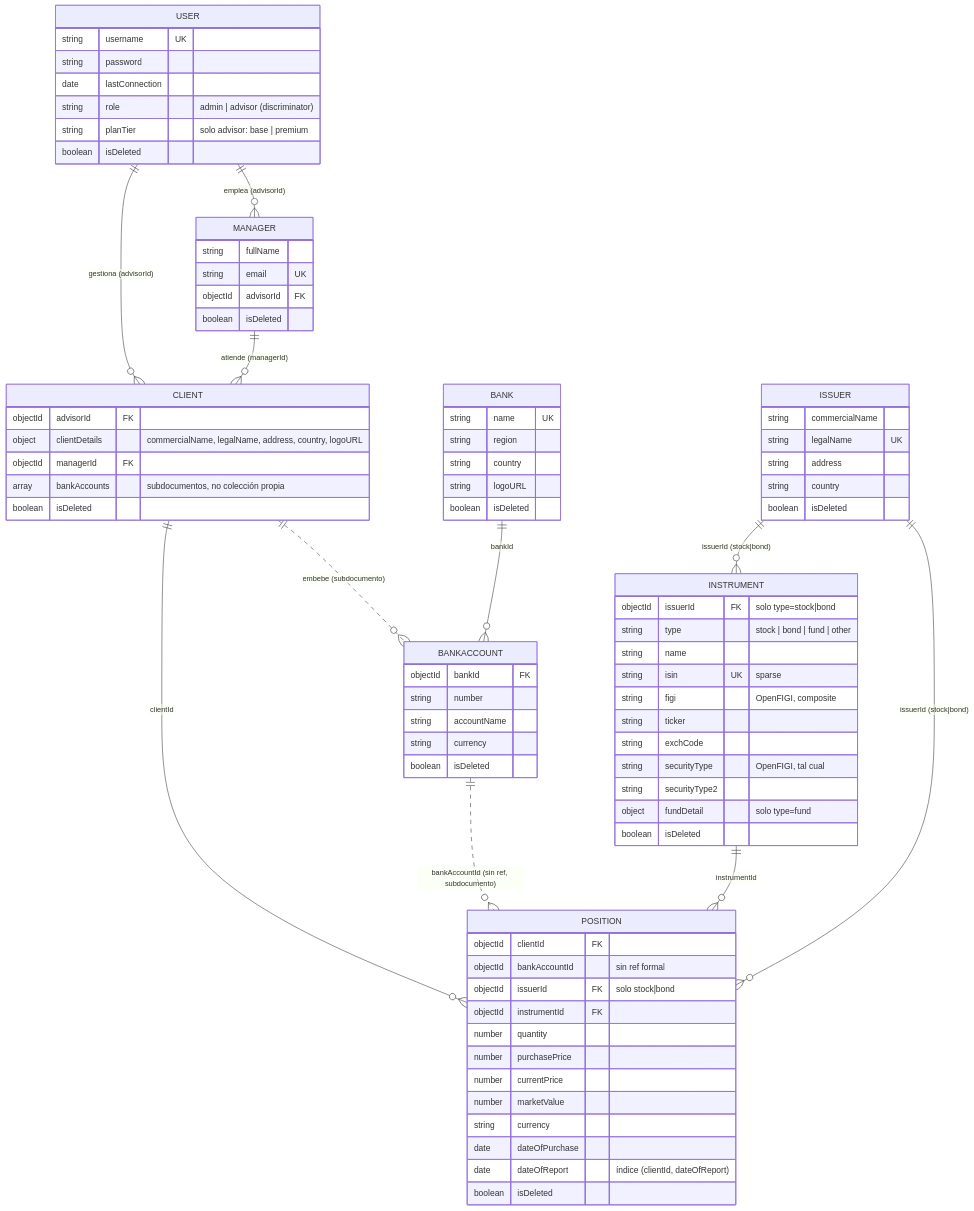
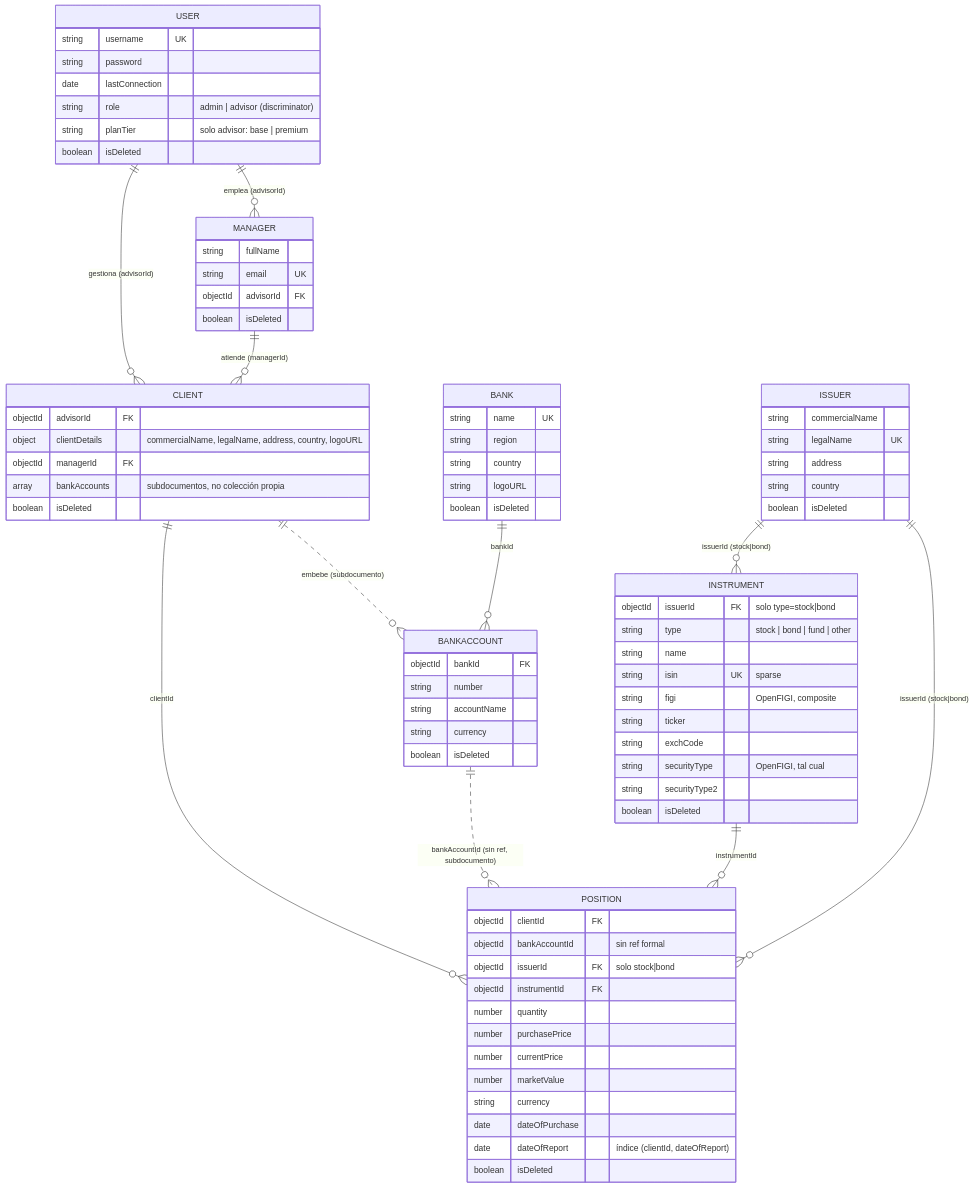
One commit to FrancoRossi-Dev/obligatorio changed the second of 3 diagrams in README.md. Above: the diagram before and after it, drawn with Mermaid. The commit also changed other lines of this file and 1 other file, not shown here.

````diff
--- a/README.md
+++ b/README.md
@@ -222,82 +225,81 @@
 ```mermaid
 erDiagram
     USER ||--o{ CLIENT : "gestiona (advisorId)"
     USER ||--o{ MANAGER : "emplea (advisorId)"
     MANAGER ||--o{ CLIENT : "atiende (managerId)"
     MANAGER {
         string fullName
         string email UK
         objectId advisorId FK
         boolean isDeleted
     }
     USER {
         string username UK
         string password
         date lastConnection
         string role "admin | advisor (discriminator)"
         string planTier "solo advisor: base | premium"
         boolean isDeleted
     }
     CLIENT ||--o{ POSITION : "clientId"
     CLIENT ||..o{ BANKACCOUNT : "embebe (subdocumento)"
     CLIENT {
         objectId advisorId FK
         object clientDetails "commercialName, legalName, address, country, logoURL"
         objectId managerId FK
         array bankAccounts "subdocumentos, no colección propia"
         boolean isDeleted
     }
     BANK ||--o{ BANKACCOUNT : "bankId"
     BANK {
         string name UK
         string region
         string country
         string logoURL
         boolean isDeleted
     }
     BANKACCOUNT {
         objectId bankId FK
         string number
         string accountName
         string currency
         boolean isDeleted
     }
     BANKACCOUNT ||..o{ POSITION : "bankAccountId (sin ref, subdocumento)"
     INSTRUMENT ||--o{ POSITION : "instrumentId"
     INSTRUMENT {
         objectId issuerId FK "solo type=stock|bond"
         string type "stock | bond | fund | other"
         string name
         string isin UK "sparse"
         string figi "OpenFIGI, composite"
         string ticker
         string exchCode
         string securityType "OpenFIGI, tal cual"
         string securityType2
-        object fundDetail "solo type=fund"
         boolean isDeleted
     }
     ISSUER ||--o{ INSTRUMENT : "issuerId (stock|bond)"
     ISSUER ||--o{ POSITION : "issuerId (stock|bond)"
     ISSUER {
         string commercialName
         string legalName UK
         string address
         string country
         boolean isDeleted
     }
     POSITION {
         objectId clientId FK
         objectId bankAccountId "sin ref formal"
         objectId issuerId FK "solo stock|bond"
         objectId instrumentId FK
         number quantity
         number purchasePrice
         number currentPrice
         number marketValue
         string currency
         date dateOfPurchase
         date dateOfReport "índice (clientId, dateOfReport)"
         boolean isDeleted
     }
 ```
````
